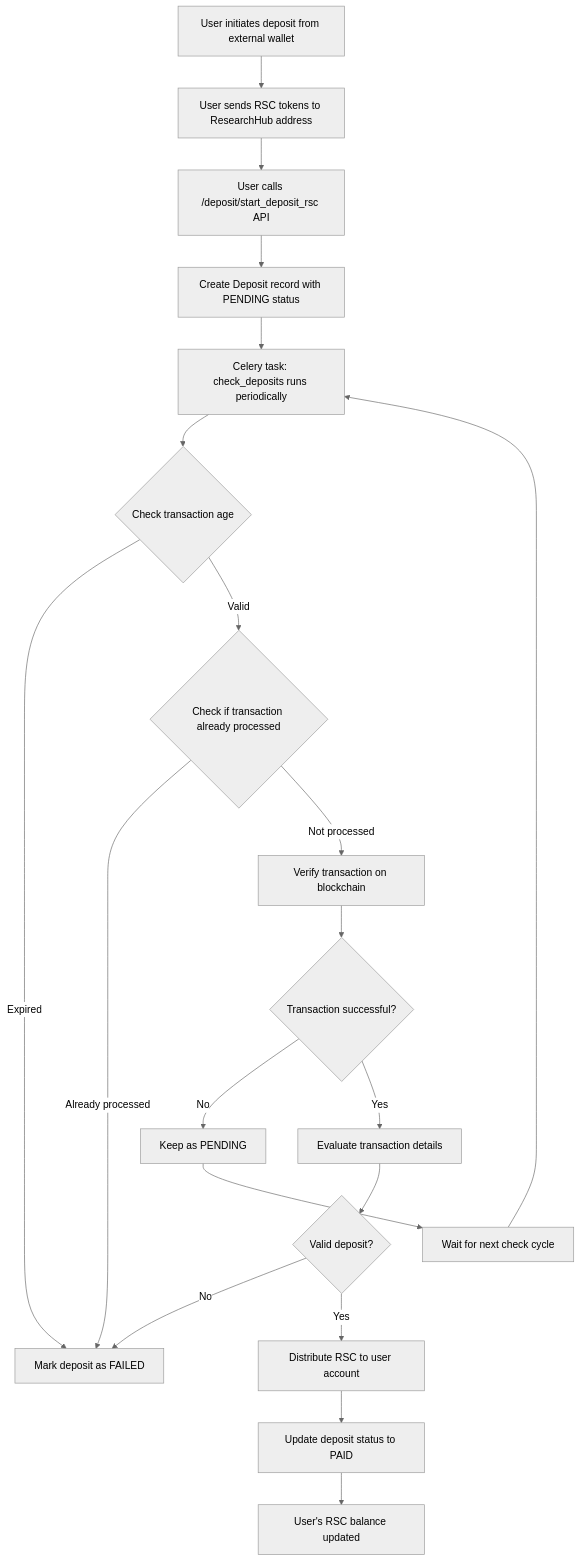
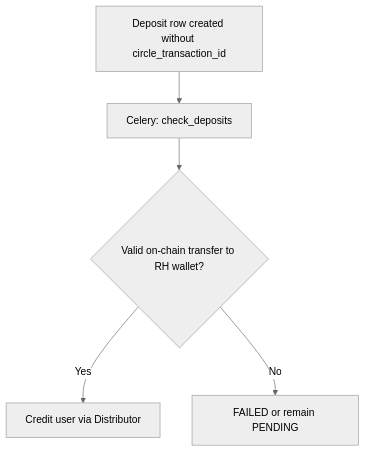
Before and after one commit to ResearchHub/researchhub-backend: the second of 2 diagrams in docs/DEPOSIT_FLOW.md, drawn with Mermaid (neutral theme). The commit also changed other lines of this file and 4 other files, not shown here.

````diff
--- a/docs/DEPOSIT_FLOW.md
+++ b/docs/DEPOSIT_FLOW.md
@@ -8,28 +22,7 @@
 ```mermaid
 flowchart TD
-    A[User initiates deposit from external wallet] --> B[User sends RSC tokens to ResearchHub address]
-    B --> C[User calls /deposit/start_deposit_rsc API]
-    C --> D[Create Deposit record with PENDING status]
-    D --> E[Celery task: check_deposits runs periodically]
-
-    E --> F{Check transaction age}
-    F -->|Expired| G[Mark deposit as FAILED]
-    F -->|Valid| H{Check if transaction already processed}
-
-    H -->|Already processed| G
-    H -->|Not processed| I[Verify transaction on blockchain]
-
-    I --> J{Transaction successful?}
-    J -->|No| K[Keep as PENDING]
-    J -->|Yes| L[Evaluate transaction details]
-
-    L --> M{Valid deposit?}
-    M -->|No| G
-    M -->|Yes| N[Distribute RSC to user account]
-
-    N --> O[Update deposit status to PAID]
-    O --> P[User's RSC balance updated]
-
-    K --> Q[Wait for next check cycle]
-    Q --> E
+    A[Deposit row created without circle_transaction_id] --> B[Celery: check_deposits]
+    B --> C{Valid on-chain transfer to RH wallet?}
+    C -->|Yes| D[Credit user via Distributor]
+    C -->|No| E[FAILED or remain PENDING]
 ```
````
